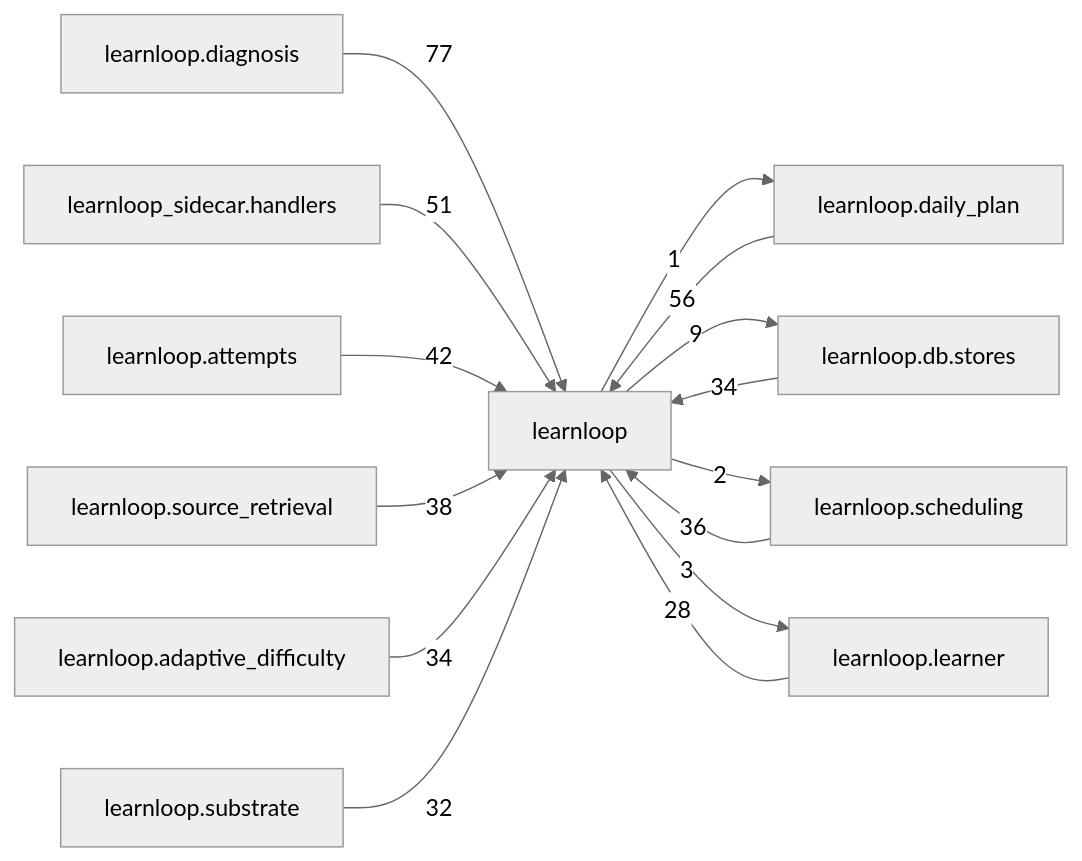
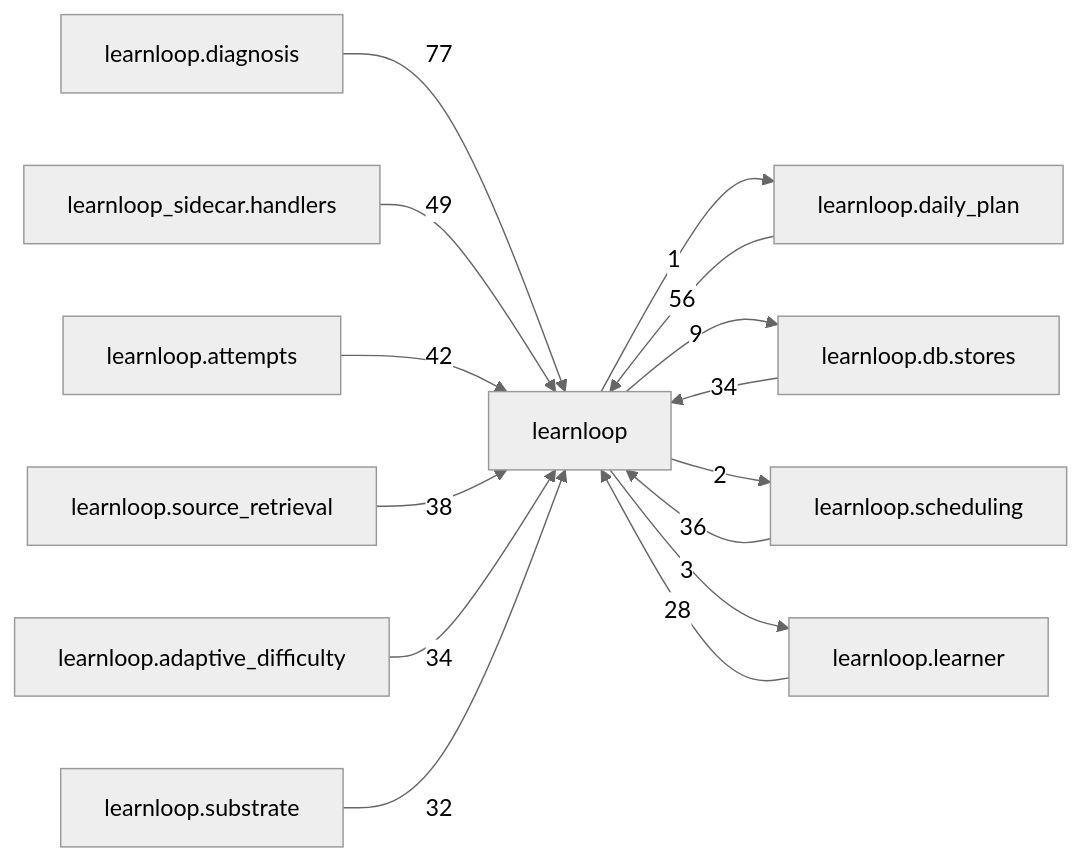
Before and after one commit to 6up-b/learnanything: the diagram in docs/learnloop-architecture-vault/Reference/Modules/learnloop/_package.md, drawn with Mermaid (neutral theme). The commit also changed other lines of this file and 108 other files, not shown here.

````diff
--- a/docs/learnloop-architecture-vault/Reference/Modules/learnloop/_package.md
+++ b/docs/learnloop-architecture-vault/Reference/Modules/learnloop/_package.md
@@ -259,28 +259,28 @@
 ```mermaid
 flowchart LR
     center["learnloop"]
     n_learnloop_diagnosis["learnloop.diagnosis"]
     n_learnloop_daily_plan["learnloop.daily_plan"]
     n_learnloop_sidecar_handlers["learnloop_sidecar.handlers"]
     n_learnloop_db_stores["learnloop.db.stores"]
     n_learnloop_attempts["learnloop.attempts"]
     n_learnloop_scheduling["learnloop.scheduling"]
     n_learnloop_source_retrieval["learnloop.source_retrieval"]
     n_learnloop_adaptive_difficulty["learnloop.adaptive_difficulty"]
     n_learnloop_substrate["learnloop.substrate"]
     n_learnloop_learner["learnloop.learner"]
     n_learnloop_diagnosis -->|77| center
     n_learnloop_daily_plan -->|56| center
     center -->|1| n_learnloop_daily_plan
-    n_learnloop_sidecar_handlers -->|51| center
+    n_learnloop_sidecar_handlers -->|49| center
     n_learnloop_db_stores -->|34| center
     center -->|9| n_learnloop_db_stores
     n_learnloop_attempts -->|42| center
     n_learnloop_scheduling -->|36| center
     center -->|2| n_learnloop_scheduling
     n_learnloop_source_retrieval -->|38| center
     n_learnloop_adaptive_difficulty -->|34| center
     n_learnloop_substrate -->|32| center
     n_learnloop_learner -->|28| center
     center -->|3| n_learnloop_learner
 ```
````
